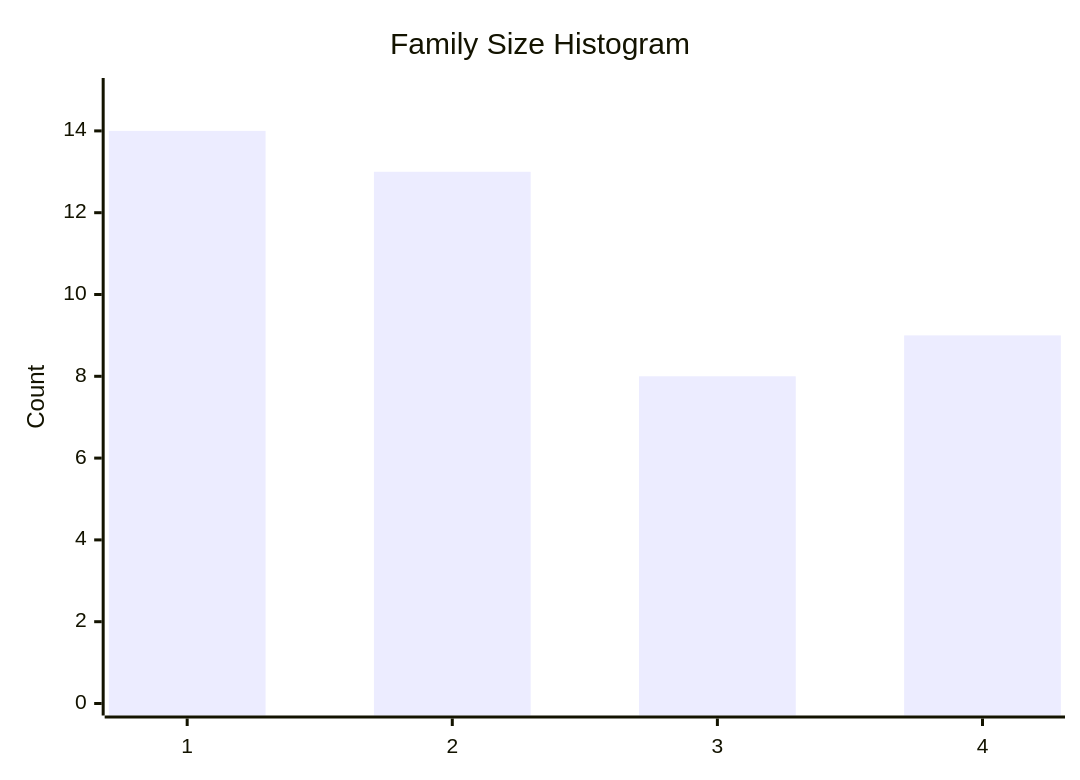
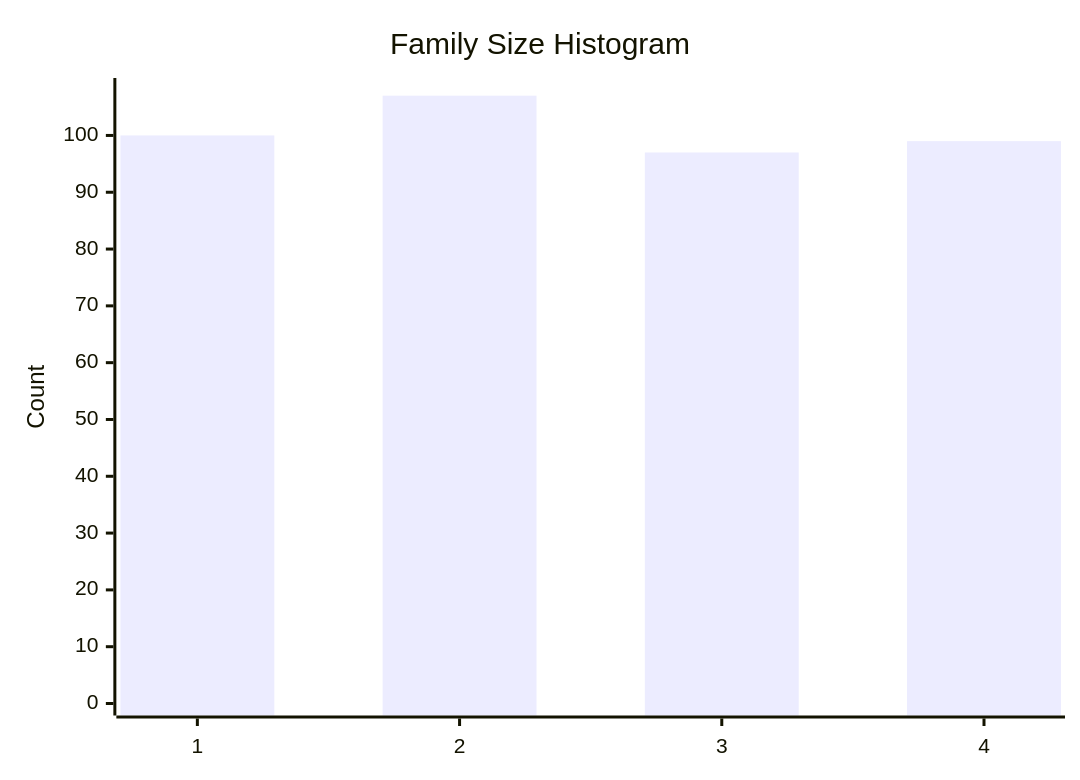
The fifth of 10 diagrams in test-tools/DataGen/src/Statistics_Visualizer.md (dhagan-va/intern-2025), drawn with Mermaid before and after one commit. The commit also changed other lines of this file and 3 other files, not shown here.

````diff
--- a/test-tools/DataGen/src/Statistics_Visualizer.md
+++ b/test-tools/DataGen/src/Statistics_Visualizer.md
@@ -58,7 +58,7 @@
 ```mermaid
 xychart-beta
     title "Family Size Histogram"
     x-axis ["1", "2", "3", "4"]
-    y-axis "Count" 0 --> 15
-    bar [14, 13, 8, 9]
+    y-axis "Count" 0 --> 108
+    bar [100, 107, 97, 99]
 ```
````
